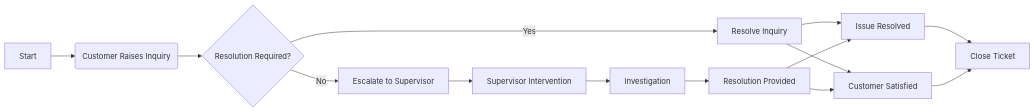
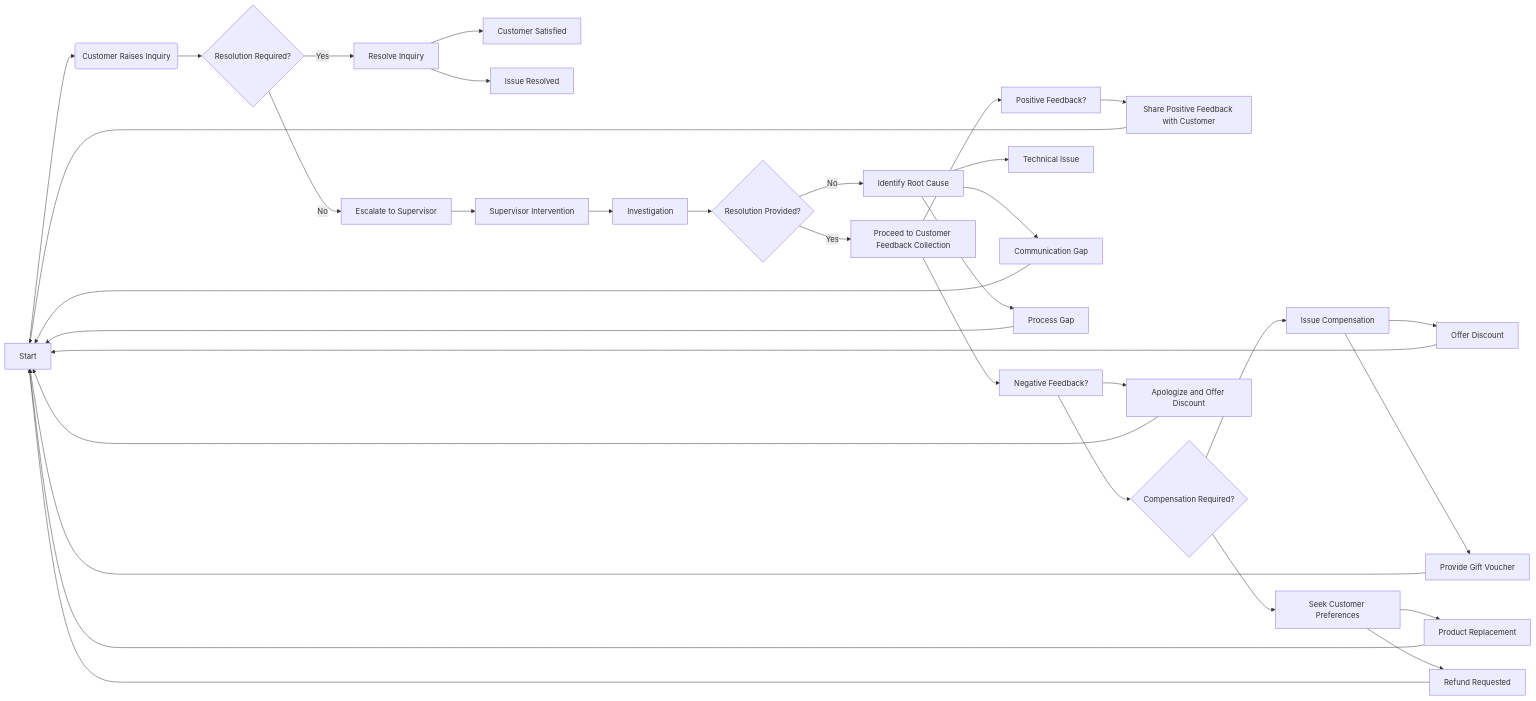
The third of 4 diagrams in README.md (Confunius/EcoFashion-Hub), drawn with Mermaid before and after one commit.

````diff
--- a/README.md
+++ b/README.md
@@ -221,16 +221,37 @@
 ```mermaid
 graph LR;
     A[Start] --> B(Customer Raises Inquiry);
     B --> C{Resolution Required?};
     C --> |Yes| D[Resolve Inquiry];
     C --> |No| E[Escalate to Supervisor];
     D --> F[Customer Satisfied];
     D --> G[Issue Resolved];
     E --> H[Supervisor Intervention];
     H --> I[Investigation];
-    I --> J[Resolution Provided];
-    J --> F;
-    J --> G;
-    G --> K[Close Ticket];
-    F --> K;
+    I --> J{Resolution Provided?};
+    J --> |Yes| K[Proceed to Customer Feedback Collection];
+    J --> |No| L[Identify Root Cause];
+    K --> M[Positive Feedback?];
+    K --> N[Negative Feedback?];
+    L --> O[Technical Issue];
+    L --> P[Communication Gap];
+    L --> Q[Process Gap];
+    M --> R[Share Positive Feedback with Customer];
+    N --> S{Compensation Required?};
+    N --> T[Apologize and Offer Discount];
+    S --> U[Issue Compensation];
+    S --> V[Seek Customer Preferences];
+    U --> W[Offer Discount];
+    U --> X[Provide Gift Voucher];
+    V --> Y[Product Replacement];
+    V --> Z[Refund Requested];
+    X --> A;
+    Y --> A;
+    Z --> A;
+    W --> A;
+    R --> A;
+    T --> A;
+    P --> A;
+    Q --> A;
+
 ```
````
